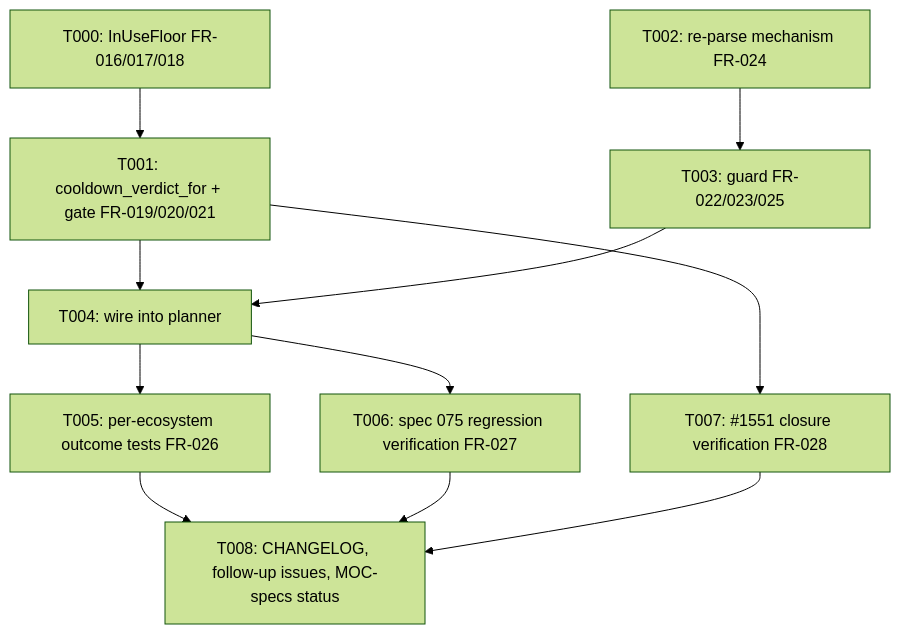
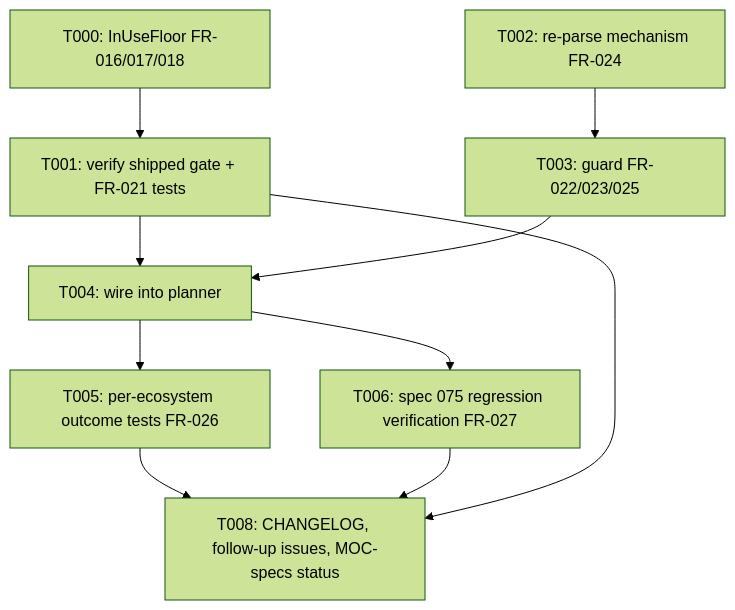
One commit to bug-ops/deps-lsp changed the diagram in specs/076-cli-update-cooldown-fallback-no-lockfile/tasks.md. Above: the diagram before and after it, drawn with Mermaid (forest theme). The commit also changed other lines of this file and 27 other files, not shown here.

````diff
--- a/specs/076-cli-update-cooldown-fallback-no-lockfile/tasks.md
+++ b/specs/076-cli-update-cooldown-fallback-no-lockfile/tasks.md
@@ -40,13 +56,12 @@
 ```mermaid
 graph TD
-    T000[T000: InUseFloor FR-016/017/018] --> T001[T001: cooldown_verdict_for + gate FR-019/020/021]
+    T000[T000: InUseFloor FR-016/017/018] --> T001[T001: verify shipped gate + FR-021 tests]
     T002[T002: re-parse mechanism FR-024] --> T003[T003: guard FR-022/023/025]
     T001 --> T004[T004: wire into planner]
     T003 --> T004
     T004 --> T005[T005: per-ecosystem outcome tests FR-026]
     T004 --> T006[T006: spec 075 regression verification FR-027]
-    T001 --> T007[T007: #1551 closure verification FR-028]
     T005 --> T008[T008: CHANGELOG, follow-up issues, MOC-specs status]
     T006 --> T008
-    T007 --> T008
+    T001 --> T008
 ```
````
